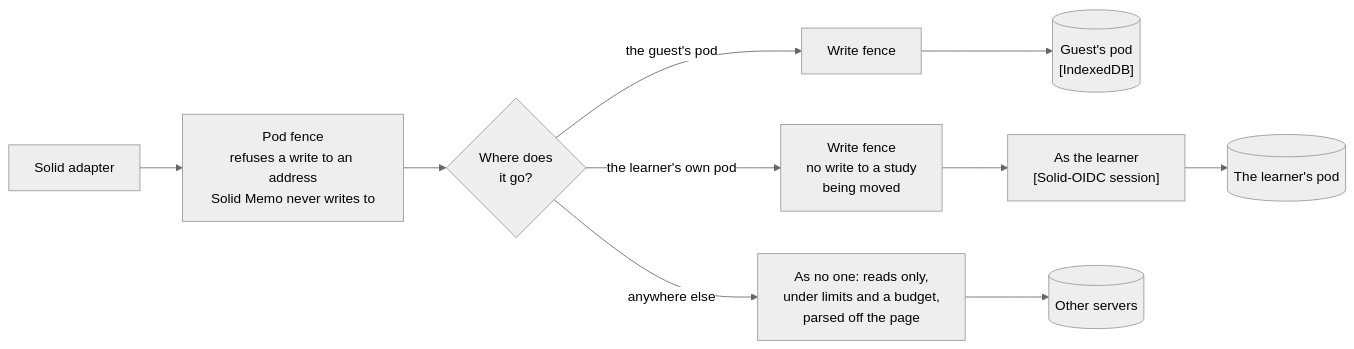
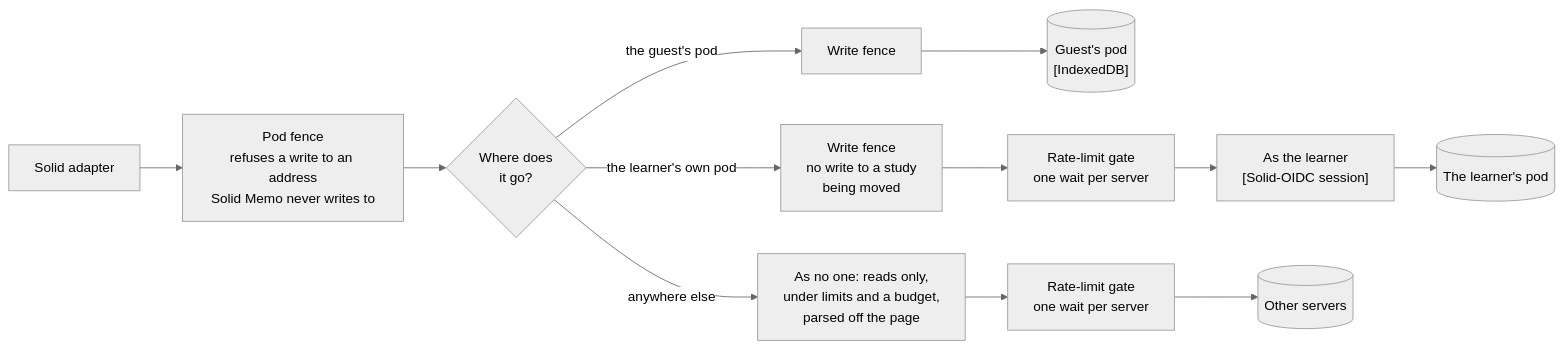
The fourth of 7 diagrams in docs/architecture.md (solid-memo/website), drawn with Mermaid (neutral theme) before and after one commit. The commit also changed other lines of this file and 15 other files, not shown here.

````diff
--- a/docs/architecture.md
+++ b/docs/architecture.md
@@ -142,10 +142,10 @@
 ```mermaid
 flowchart LR
     accTitle: A request on its way to a pod
-    accDescr: An adapter's request passes the pod fence, which refuses writes Solid Memo never makes; the credential gate then sends it as the learner into their own pod, through the write fence, or reads anywhere else as no one; a guest's pod is answered from IndexedDB.
+    accDescr: An adapter's request passes the pod fence, which refuses writes Solid Memo never makes; the credential gate then sends it as the learner into their own pod, through the write fence, or reads anywhere else as no one; either way it passes the rate-limit gate, which holds it while its server's wait lasts; a guest's pod is answered from IndexedDB.
     adapter["Solid adapter"] --> podFence["Pod fence<br/>refuses a write to an address<br/>Solid Memo never writes to"]
     podFence --> where{"Where does<br/>it go?"}
     where -->|"the guest's pod"| guestFence["Write fence"] --> local[("Guest's pod<br/>[IndexedDB]")]
-    where -->|"the learner's own pod"| ownFence["Write fence<br/>no write to a study<br/>being moved"] --> session["As the learner<br/>[Solid-OIDC session]"] --> pod[("The learner's pod")]
-    where -->|"anywhere else"| noOne["As no one: reads only,<br/>under limits and a budget,<br/>parsed off the page"] --> others[("Other servers")]
+    where -->|"the learner's own pod"| ownFence["Write fence<br/>no write to a study<br/>being moved"] --> ownGate["Rate-limit gate<br/>one wait per server"] --> session["As the learner<br/>[Solid-OIDC session]"] --> pod[("The learner's pod")]
+    where -->|"anywhere else"| noOne["As no one: reads only,<br/>under limits and a budget,<br/>parsed off the page"] --> otherGate["Rate-limit gate<br/>one wait per server"] --> others[("Other servers")]
 ```
````
